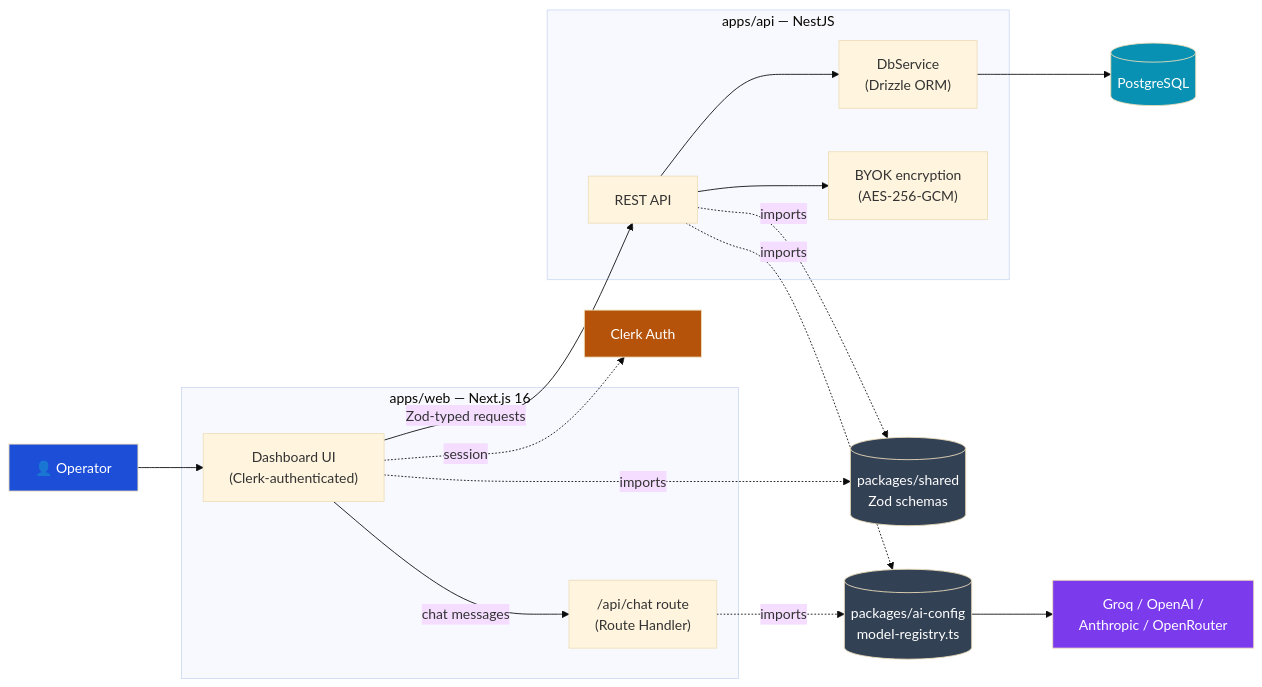
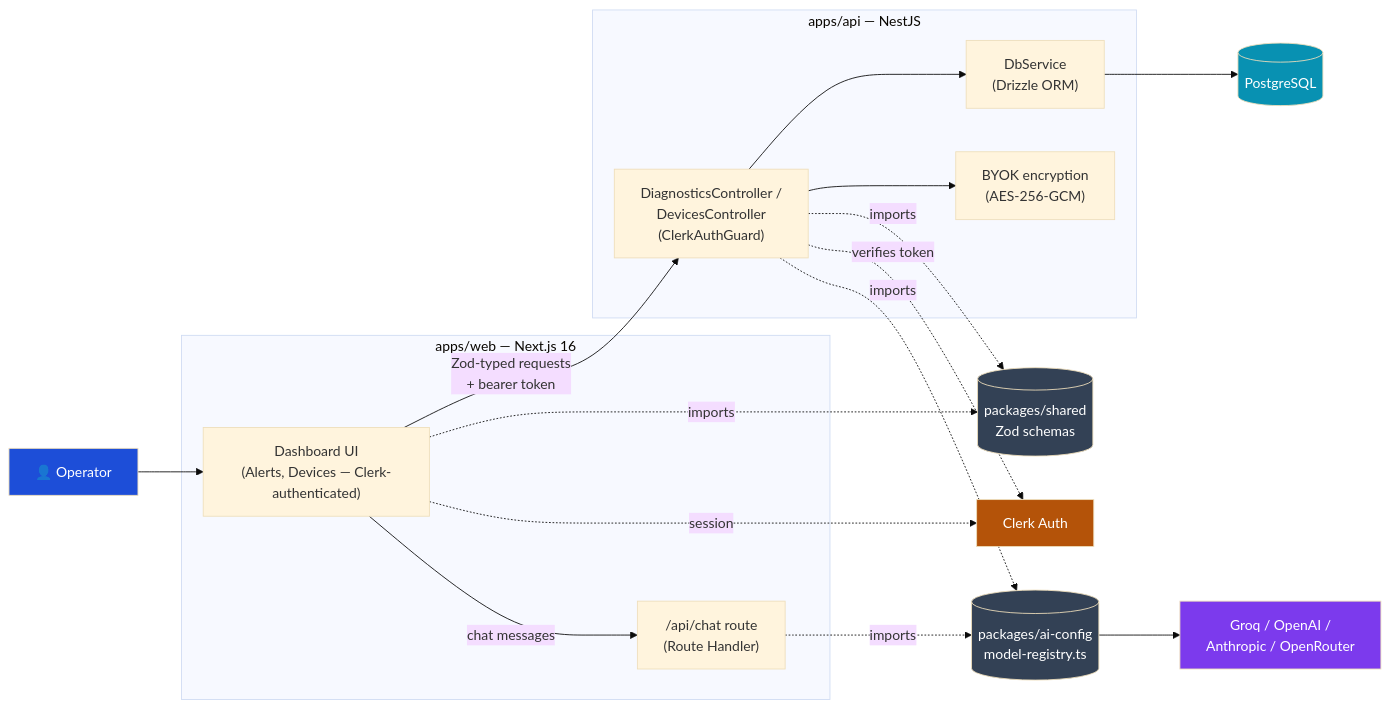
One commit to m-ahmedbashir/gridstream-agent changed the first of 2 diagrams in README.md. Above: the diagram before and after it, drawn with Mermaid (base theme). The commit also changed other lines of this file and 25 other files, not shown here.

````diff
--- a/README.md
+++ b/README.md
@@ -30,39 +30,40 @@
 ```mermaid
 flowchart LR
     U["👤 Operator"] --> UI
 
     subgraph Frontend["apps/web — Next.js 16"]
-        UI["Dashboard UI<br/>(Clerk-authenticated)"]
+        UI["Dashboard UI<br/>(Alerts, Devices — Clerk-authenticated)"]
         CHAT["/api/chat route<br/>(Route Handler)"]
     end
 
     subgraph Backend["apps/api — NestJS"]
-        API["REST API"]
+        API["DiagnosticsController /<br/>DevicesController<br/>(ClerkAuthGuard)"]
         DB_SVC["DbService<br/>(Drizzle ORM)"]
         CRYPTO["BYOK encryption<br/>(AES-256-GCM)"]
     end
 
     ZOD[("packages/shared<br/>Zod schemas")]
     AI_CFG[("packages/ai-config<br/>model-registry.ts")]
     PG[("PostgreSQL")]
     PROVIDERS["Groq / OpenAI /<br/>Anthropic / OpenRouter"]
     CLERK["Clerk Auth"]
 
-    UI -->|Zod-typed requests| API
+    UI -->|Zod-typed requests<br/>+ bearer token| API
     UI -->|chat messages| CHAT
     UI -.->|session| CLERK
+    API -.->|verifies token| CLERK
     API --> DB_SVC --> PG
     API --> CRYPTO
     API -.->|imports| AI_CFG
     CHAT -.->|imports| AI_CFG
     AI_CFG --> PROVIDERS
     UI -.->|imports| ZOD
     API -.->|imports| ZOD
 
     style U fill:#1d4ed8,color:#fff
     style PG fill:#0891b2,color:#fff
     style PROVIDERS fill:#7c3aed,color:#fff
     style CLERK fill:#b45309,color:#fff
     style ZOD fill:#334155,color:#fff
     style AI_CFG fill:#334155,color:#fff
 ```
````
